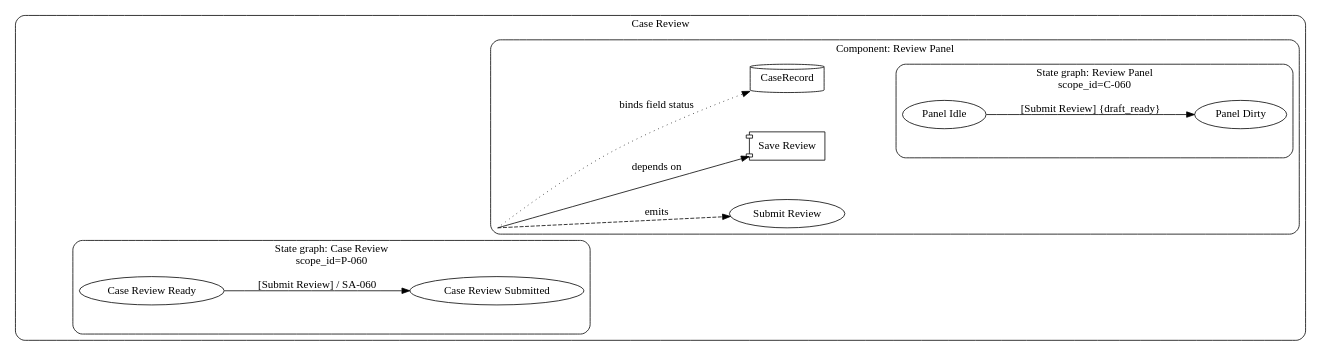
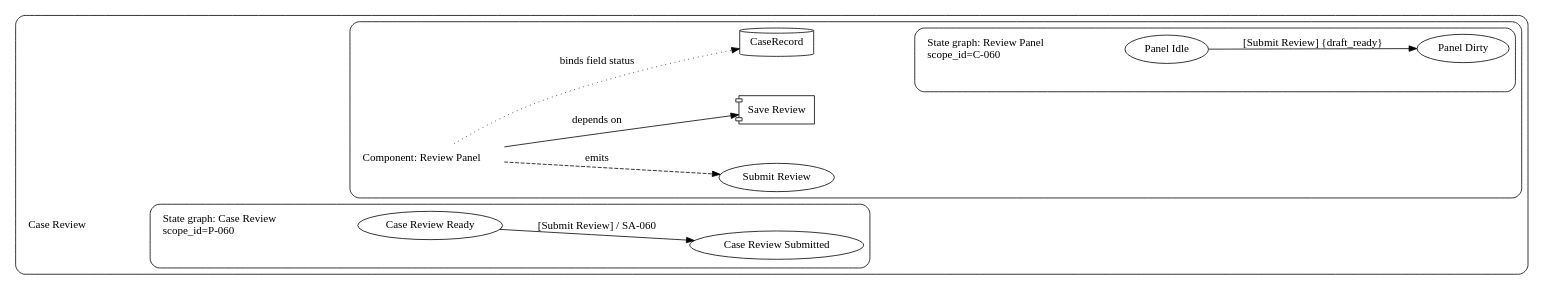
The diagram in examples/rendered/v0.1/ui_contracts_diagram_type/ui_state_fallback_example/simple_profile/ui_state_fallback.ui_contracts.dot (knutopia/Structured-Design-Documents), drawn with Graphviz before and after one commit. The commit also changed 30 other files, not shown here.

```diff
--- a/examples/rendered/v0.1/ui_contracts_diagram_type/ui_state_fallback_example/simple_profile/ui_state_fallback.ui_contracts.dot
+++ b/examples/rendered/v0.1/ui_contracts_diagram_type/ui_state_fallback_example/simple_profile/ui_state_fallback.ui_contracts.dot
@@ -1,35 +1,39 @@
 digraph ui_contracts {
   rankdir=LR;
   graph [fontname="Public Sans", compound=true, nodesep=0.7, ranksep=1.0];
   node [fontname="Public Sans"];
   edge [fontname="Public Sans"];
   subgraph cluster_P_060 {
-    graph [label="Case Review", style="rounded"];
-    "P-060__anchor" [label="", shape="point", width=0, height=0, style="invis"];
+    graph [label="", style="rounded"];
+    "P-060__title" [shape="plaintext", label="Case Review\l"];
     subgraph cluster_secondary_state_group_P_060 {
-      graph [label="State graph: Case Review\nscope_id=P-060", style="rounded"];
+      graph [label="", style="rounded"];
+      "secondary_state_group:P-060__title" [shape="plaintext", label="State graph: Case Review\lscope_id=P-060\l"];
       "ST-060a" [shape="ellipse", label="Case Review Ready"];
       "ST-060b" [shape="ellipse", label="Case Review Submitted"];
     }
     subgraph cluster_C_060 {
-      graph [label="Component: Review Panel", style="rounded"];
-      "C-060__anchor" [label="", shape="point", width=0, height=0, style="invis"];
+      graph [label="", style="rounded"];
+      "C-060__title" [shape="plaintext", label="Component: Review Panel\l"];
       "E-060" [shape="oval", label="Submit Review"];
       "SA-060" [shape="component", label="Save Review"];
       "D-060" [shape="cylinder", label="CaseRecord"];
       subgraph cluster_secondary_state_group_C_060 {
-        graph [label="State graph: Review Panel\nscope_id=C-060", style="rounded"];
+        graph [label="", style="rounded"];
+        "secondary_state_group:C-060__title" [shape="plaintext", label="State graph: Review Panel\lscope_id=C-060\l"];
         "ST-061a" [shape="ellipse", label="Panel Idle"];
         "ST-061b" [shape="ellipse", label="Panel Dirty"];
       }
     }
   }
-  "P-060__anchor" -> "ST-060a" [style=invis, weight=100];
-  "ST-060a" -> "C-060__anchor" [style=invis, weight=100];
-  "D-060" -> "ST-061a" [style=invis, weight=100];
-  "C-060__anchor" -> "D-060" [label="binds field status", style="dotted", constraint=true];
-  "C-060__anchor" -> "SA-060" [label="depends on", constraint=true];
-  "C-060__anchor" -> "E-060" [label="emits", style="dashed", constraint=true];
+  "P-060__title" -> "secondary_state_group:P-060__title" [style=invis, weight=100];
+  "secondary_state_group:P-060__title" -> "C-060__title" [style=invis, weight=100];
+  "secondary_state_group:P-060__title" -> "ST-060a" [style=invis, weight=100];
+  "D-060" -> "secondary_state_group:C-060__title" [style=invis, weight=100];
+  "secondary_state_group:C-060__title" -> "ST-061a" [style=invis, weight=100];
+  "C-060__title" -> "D-060" [label="binds field status", style="dotted", constraint=true];
+  "C-060__title" -> "SA-060" [label="depends on", constraint=true];
+  "C-060__title" -> "E-060" [label="emits", style="dashed", constraint=true];
   "ST-060a" -> "ST-060b" [label="[Submit Review] / SA-060", style="solid", weight=4];
   "ST-061a" -> "ST-061b" [label="[Submit Review] {draft_ready}", style="solid", weight=4];
 }
```
